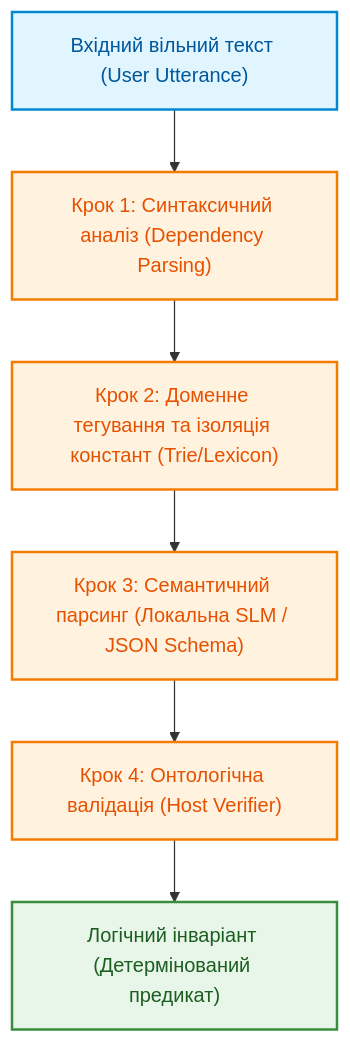
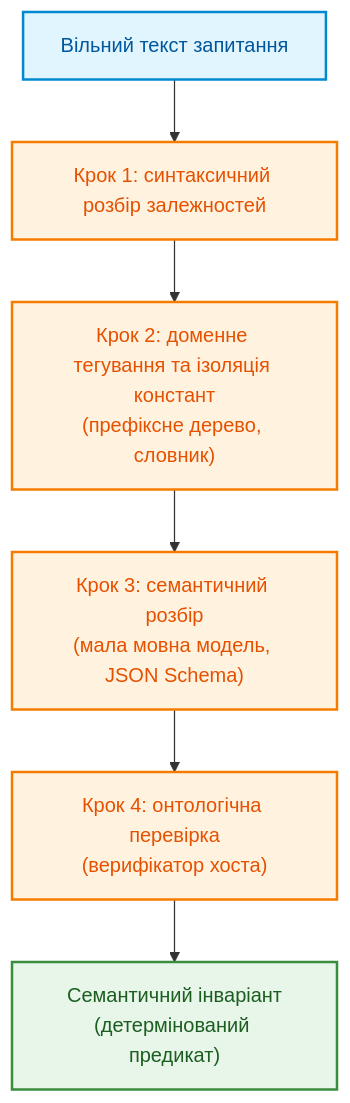
One commit to nick-fedchik/articles changed the fifth of 8 diagrams in ExpertSystem/ch13-language-variability-vs-determinism.md. Above: the diagram before and after it, drawn with Mermaid. The commit also changed other lines of this file, not shown here.

````diff
--- a/ExpertSystem/ch13-language-variability-vs-determinism.md
+++ b/ExpertSystem/ch13-language-variability-vs-determinism.md
@@ -218,19 +207,19 @@
 ```mermaid
 flowchart TD
     accTitle: Чотирикроковий конвеєр семантичної компіляції запиту
-    accDescr: Послідовні кроки від синтаксичного розбору до фіксації детермінованого предикату хост-верифікатором.
+    accDescr: Послідовні кроки від синтаксичного розбору до фіксації детермінованого предиката верифікатором хоста.
 
-    IN["Вхідний вільний текст (User Utterance)"] --> STEP1["Крок 1: Синтаксичний аналіз (Dependency Parsing)"]
-    STEP1 --> STEP2["Крок 2: Доменне тегування та ізоляція констант (Trie/Lexicon)"]
-    STEP2 --> STEP3["Крок 3: Семантичний парсинг (Локальна SLM / JSON Schema)"]
-    STEP3 --> STEP4["Крок 4: Онтологічна валідація (Host Verifier)"]
-    STEP4 --> OUT["Логічний інваріант (Детермінований предикат)"]
+    IN["Вільний текст запитання"] --> STEP1["Крок 1: синтаксичний розбір залежностей"]
+    STEP1 --> STEP2["Крок 2: доменне тегування та ізоляція констант<br/>(префіксне дерево, словник)"]
+    STEP2 --> STEP3["Крок 3: семантичний розбір<br/>(мала мовна модель, JSON Schema)"]
+    STEP3 --> STEP4["Крок 4: онтологічна перевірка<br/>(верифікатор хоста)"]
+    STEP4 --> OUT["Семантичний інваріант<br/>(детермінований предикат)"]
 
     classDef inp fill:#e1f5fe,stroke:#0288d1,stroke-width:2px,color:#01579b;
     classDef step fill:#fff3e0,stroke:#f57c00,stroke-width:2px,color:#e65100;
     classDef out fill:#e8f5e9,stroke:#388e3c,stroke-width:2px,color:#1b5e20;
 
     class IN inp;
     class STEP1,STEP2,STEP3,STEP4 step;
     class OUT out;
 ```
````
